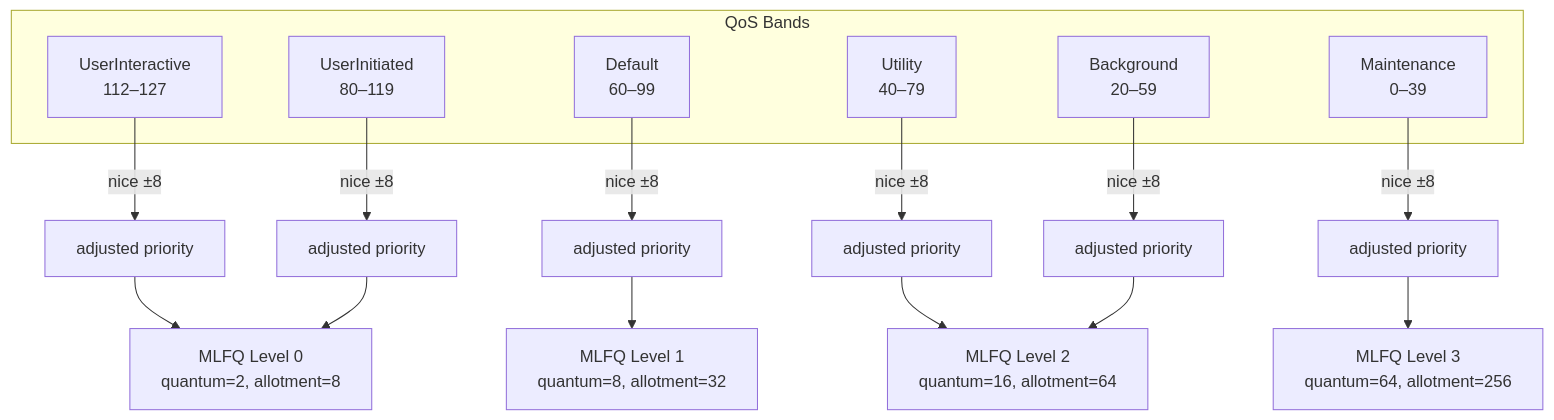
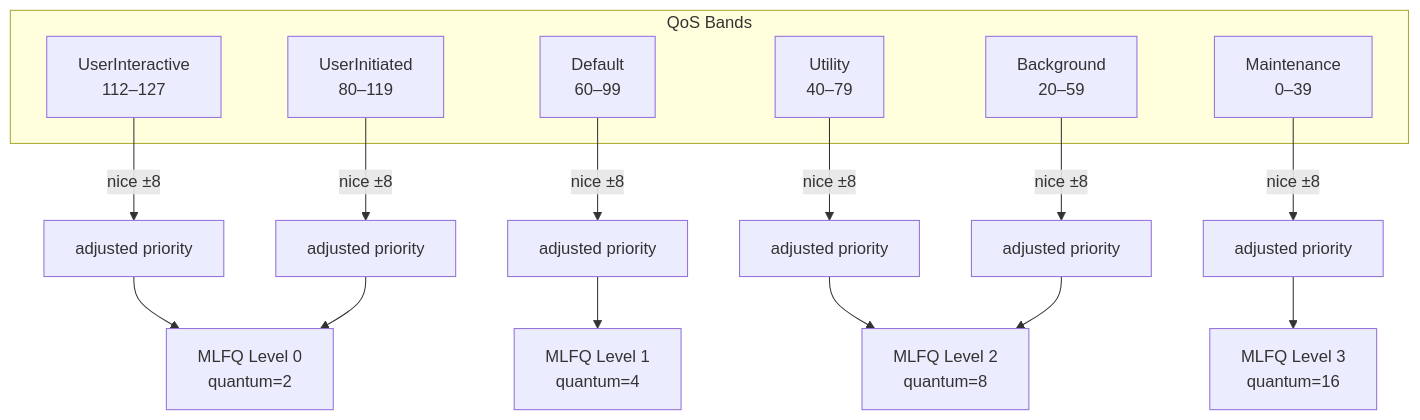
Before and after one commit to KitsuneBSD/FKernel: the first of 9 diagrams in Docs/Domains/process-scheduling.md, drawn with Mermaid. The commit also changed other lines of this file and 28 other files, not shown here.

````diff
--- a/Docs/Domains/process-scheduling.md
+++ b/Docs/Domains/process-scheduling.md
@@ -30,25 +30,25 @@
 ```mermaid
 graph TD
     subgraph QoS Bands
         UI["UserInteractive<br/>112–127"]
         UN["UserInitiated<br/>80–119"]
         DF["Default<br/>60–99"]
         UT["Utility<br/>40–79"]
         BG["Background<br/>20–59"]
         MN["Maintenance<br/>0–39"]
     end
 
     UI -->|"nice ±8"| UI_OFF["adjusted priority"]
     UN -->|"nice ±8"| UN_OFF["adjusted priority"]
     DF -->|"nice ±8"| DF_OFF["adjusted priority"]
     UT -->|"nice ±8"| UT_OFF["adjusted priority"]
     BG -->|"nice ±8"| BG_OFF["adjusted priority"]
     MN -->|"nice ±8"| MN_OFF["adjusted priority"]
 
-    UI_OFF --> Q0["MLFQ Level 0<br/>quantum=2, allotment=8"]
+    UI_OFF --> Q0["MLFQ Level 0<br/>quantum=2"]
     UN_OFF --> Q0
-    DF_OFF --> Q1["MLFQ Level 1<br/>quantum=8, allotment=32"]
-    UT_OFF --> Q2["MLFQ Level 2<br/>quantum=16, allotment=64"]
+    DF_OFF --> Q1["MLFQ Level 1<br/>quantum=4"]
+    UT_OFF --> Q2["MLFQ Level 2<br/>quantum=8"]
     BG_OFF --> Q2
-    MN_OFF --> Q3["MLFQ Level 3<br/>quantum=64, allotment=256"]
+    MN_OFF --> Q3["MLFQ Level 3<br/>quantum=16"]
 ```
````
